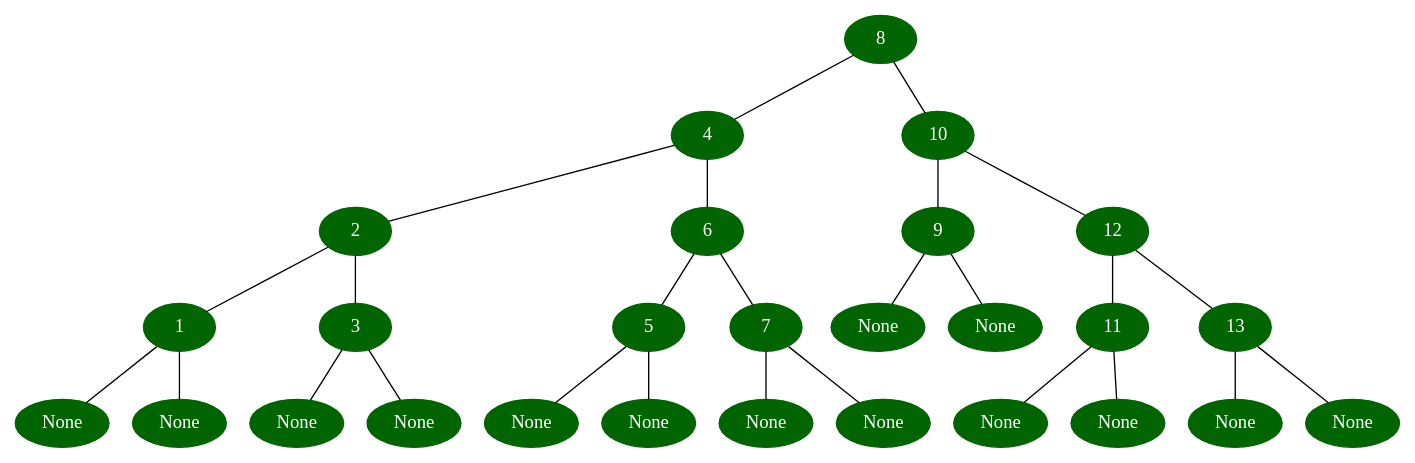
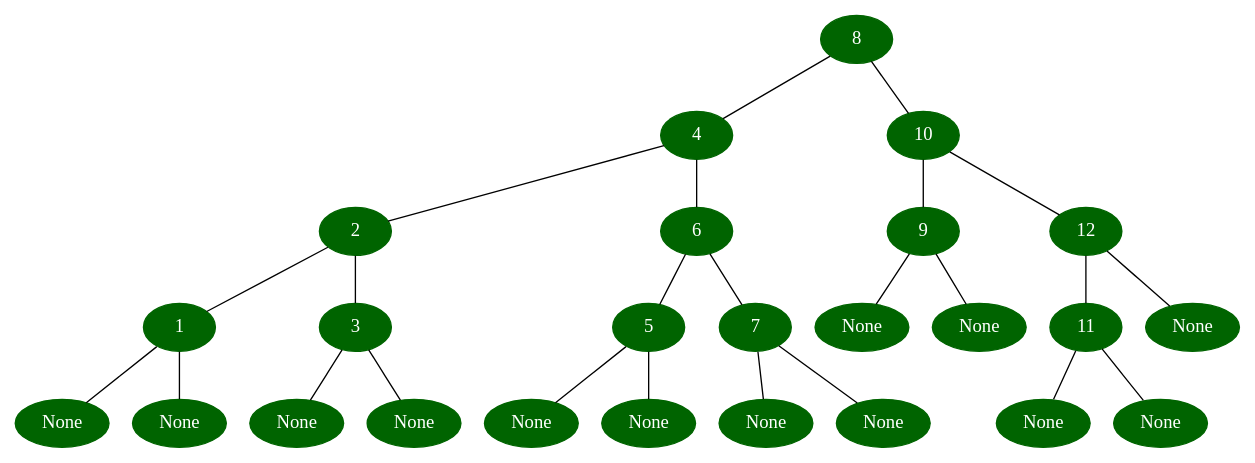
One commit to UofA522/Project2 changed the diagram in avl_after_delete.dot. Above: the diagram before and after it, drawn with Graphviz. The commit also changed 1 other file, not shown here.

```diff
--- a/avl_after_delete.dot
+++ b/avl_after_delete.dot
@@ -1,55 +1,51 @@
 graph {
 	 0 [label="8", color=darkgreen, style=filled, fontcolor=white];
 	 1 [label="4", color=darkgreen, style=filled, fontcolor=white];
 	 2 [label="2", color=darkgreen, style=filled, fontcolor=white];
 	 3 [label="1", color=darkgreen, style=filled, fontcolor=white];
 	 4 [label="None", color=darkgreen, style=filled, fontcolor=white];
 	 5 [label="None", color=darkgreen, style=filled, fontcolor=white];
 	 6 [label="3", color=darkgreen, style=filled, fontcolor=white];
 	 7 [label="None", color=darkgreen, style=filled, fontcolor=white];
 	 8 [label="None", color=darkgreen, style=filled, fontcolor=white];
 	 9 [label="6", color=darkgreen, style=filled, fontcolor=white];
 	 10 [label="5", color=darkgreen, style=filled, fontcolor=white];
 	 11 [label="None", color=darkgreen, style=filled, fontcolor=white];
 	 12 [label="None", color=darkgreen, style=filled, fontcolor=white];
 	 13 [label="7", color=darkgreen, style=filled, fontcolor=white];
 	 14 [label="None", color=darkgreen, style=filled, fontcolor=white];
 	 15 [label="None", color=darkgreen, style=filled, fontcolor=white];
 	 16 [label="10", color=darkgreen, style=filled, fontcolor=white];
 	 17 [label="9", color=darkgreen, style=filled, fontcolor=white];
 	 18 [label="None", color=darkgreen, style=filled, fontcolor=white];
 	 19 [label="None", color=darkgreen, style=filled, fontcolor=white];
 	 20 [label="12", color=darkgreen, style=filled, fontcolor=white];
 	 21 [label="11", color=darkgreen, style=filled, fontcolor=white];
 	 22 [label="None", color=darkgreen, style=filled, fontcolor=white];
 	 23 [label="None", color=darkgreen, style=filled, fontcolor=white];
-	 24 [label="13", color=darkgreen, style=filled, fontcolor=white];
-	 25 [label="None", color=darkgreen, style=filled, fontcolor=white];
-	 26 [label="None", color=darkgreen, style=filled, fontcolor=white];
+	 24 [label="None", color=darkgreen, style=filled, fontcolor=white];
 	 0 -- 1;
 	 1 -- 2;
 	 2 -- 3;
 	 3 -- 4;
 	 3 -- 5;
 	 2 -- 6;
 	 6 -- 7;
 	 6 -- 8;
 	 1 -- 9;
 	 9 -- 10;
 	 10 -- 11;
 	 10 -- 12;
 	 9 -- 13;
 	 13 -- 14;
 	 13 -- 15;
 	 0 -- 16;
 	 16 -- 17;
 	 17 -- 18;
 	 17 -- 19;
 	 16 -- 20;
 	 20 -- 21;
 	 21 -- 22;
 	 21 -- 23;
 	 20 -- 24;
-	 24 -- 25;
-	 24 -- 26;
 }
```
